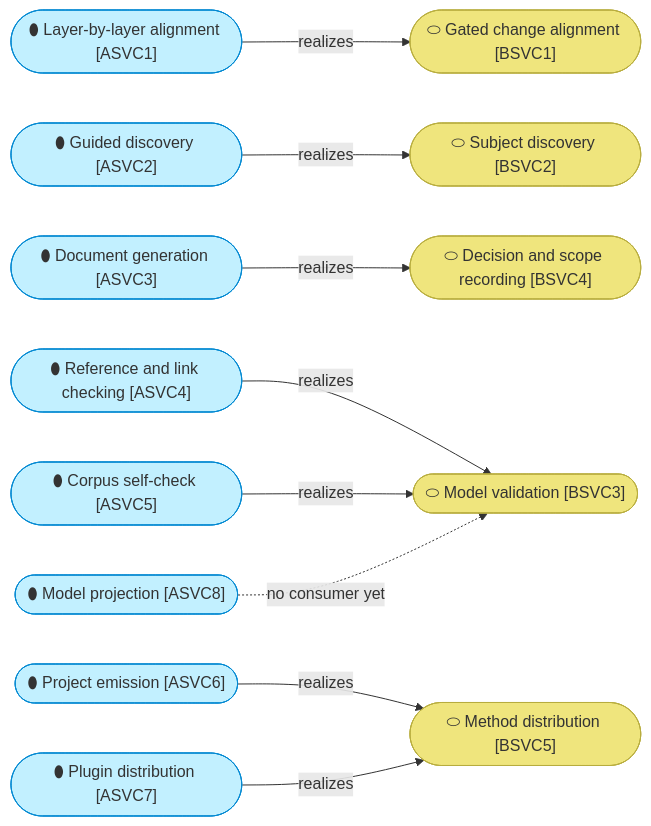
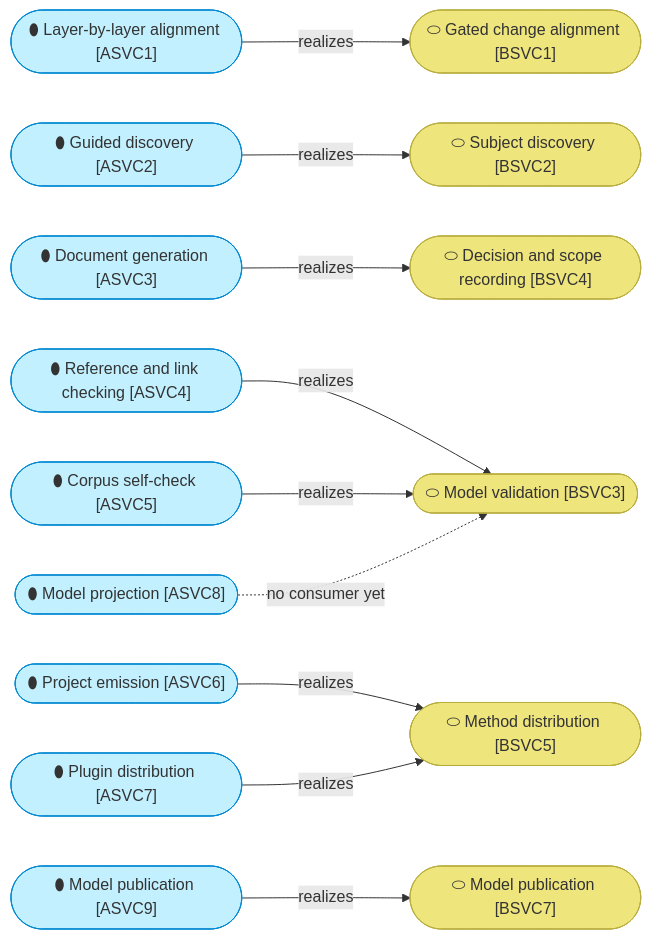
Before and after one commit to roanboc/architecture-archreator: the second of 2 diagrams in product-archreator/architecture/4_application/1_application-services.md, drawn with Mermaid. The commit also changed other lines of this file and 9 other files, not shown here.

````diff
--- a/product-archreator/architecture/4_application/1_application-services.md
+++ b/product-archreator/architecture/4_application/1_application-services.md
@@ -28,29 +28,32 @@
 ```mermaid
 flowchart LR
   asvc1(["⬮ Layer-by-layer alignment [ASVC1]"]):::service
   asvc2(["⬮ Guided discovery [ASVC2]"]):::service
   asvc3(["⬮ Document generation [ASVC3]"]):::service
   asvc4(["⬮ Reference and link checking [ASVC4]"]):::service
   asvc5(["⬮ Corpus self-check [ASVC5]"]):::service
   asvc6(["⬮ Project emission [ASVC6]"]):::service
   asvc7(["⬮ Plugin distribution [ASVC7]"]):::service
   asvc8(["⬮ Model projection [ASVC8]"]):::service
+  asvc9(["⬮ Model publication [ASVC9]"]):::service
 
   bsvc1(["⬭ Gated change alignment [BSVC1]"]):::business
   bsvc2(["⬭ Subject discovery [BSVC2]"]):::business
   bsvc3(["⬭ Model validation [BSVC3]"]):::business
   bsvc4(["⬭ Decision and scope recording [BSVC4]"]):::business
   bsvc5(["⬭ Method distribution [BSVC5]"]):::business
+  bsvc7(["⬭ Model publication [BSVC7]"]):::business
 
   asvc1 -->|realizes| bsvc1
   asvc2 -->|realizes| bsvc2
   asvc3 -->|realizes| bsvc4
   asvc4 -->|realizes| bsvc3
   asvc5 -->|realizes| bsvc3
   asvc6 -->|realizes| bsvc5
   asvc7 -->|realizes| bsvc5
   asvc8 -.->|no consumer yet| bsvc3
+  asvc9 -->|realizes| bsvc7
 
   classDef service fill:#c2f0ff,stroke:#0288d1,color:#333
   classDef business fill:#efe57d,stroke:#b8ad3f,color:#333
 ```
````
